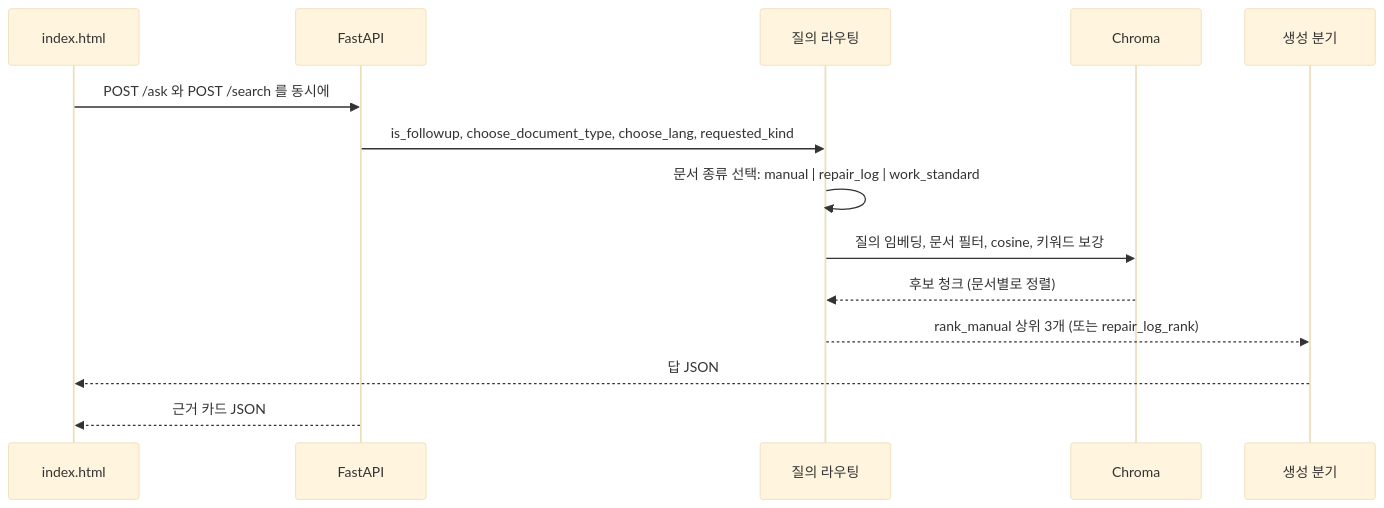
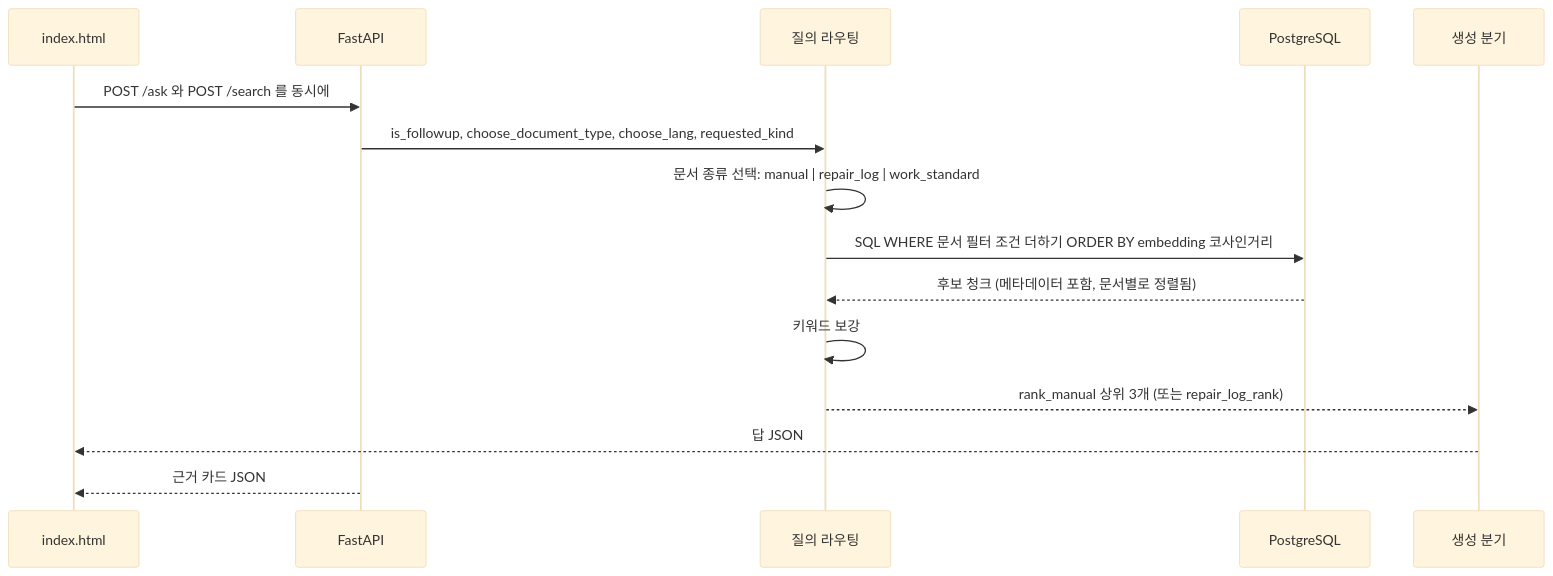
One commit to cho1203/chatbot-work changed the fourth of 4 diagrams in docs/DEVELOPER_GUIDE_5.md. Above: the diagram before and after it, drawn with Mermaid (base theme). The commit also changed other lines of this file and 1 other file, not shown here.

````diff
--- a/docs/DEVELOPER_GUIDE_5.md
+++ b/docs/DEVELOPER_GUIDE_5.md
@@ -135,16 +135,17 @@
 ```mermaid
 sequenceDiagram
   participant U as index.html
   participant A as FastAPI
   participant Q as 질의 라우팅
-  participant V as Chroma
+  participant V as PostgreSQL
   participant G as 생성 분기
   U->>A: POST /ask 와 POST /search 를 동시에
   A->>Q: is_followup, choose_document_type, choose_lang, requested_kind
   Q->>Q: 문서 종류 선택: manual | repair_log | work_standard
-  Q->>V: 질의 임베딩, 문서 필터, cosine, 키워드 보강
-  V-->>Q: 후보 청크 (문서별로 정렬)
+  Q->>V: SQL WHERE 문서 필터 조건 더하기 ORDER BY embedding 코사인거리
+  V-->>Q: 후보 청크 (메타데이터 포함, 문서별로 정렬됨)
+  Q->>Q: 키워드 보강
   Q-->>G: rank_manual 상위 3개 (또는 repair_log_rank)
   G-->>U: 답 JSON
   A-->>U: 근거 카드 JSON
 ```
````
